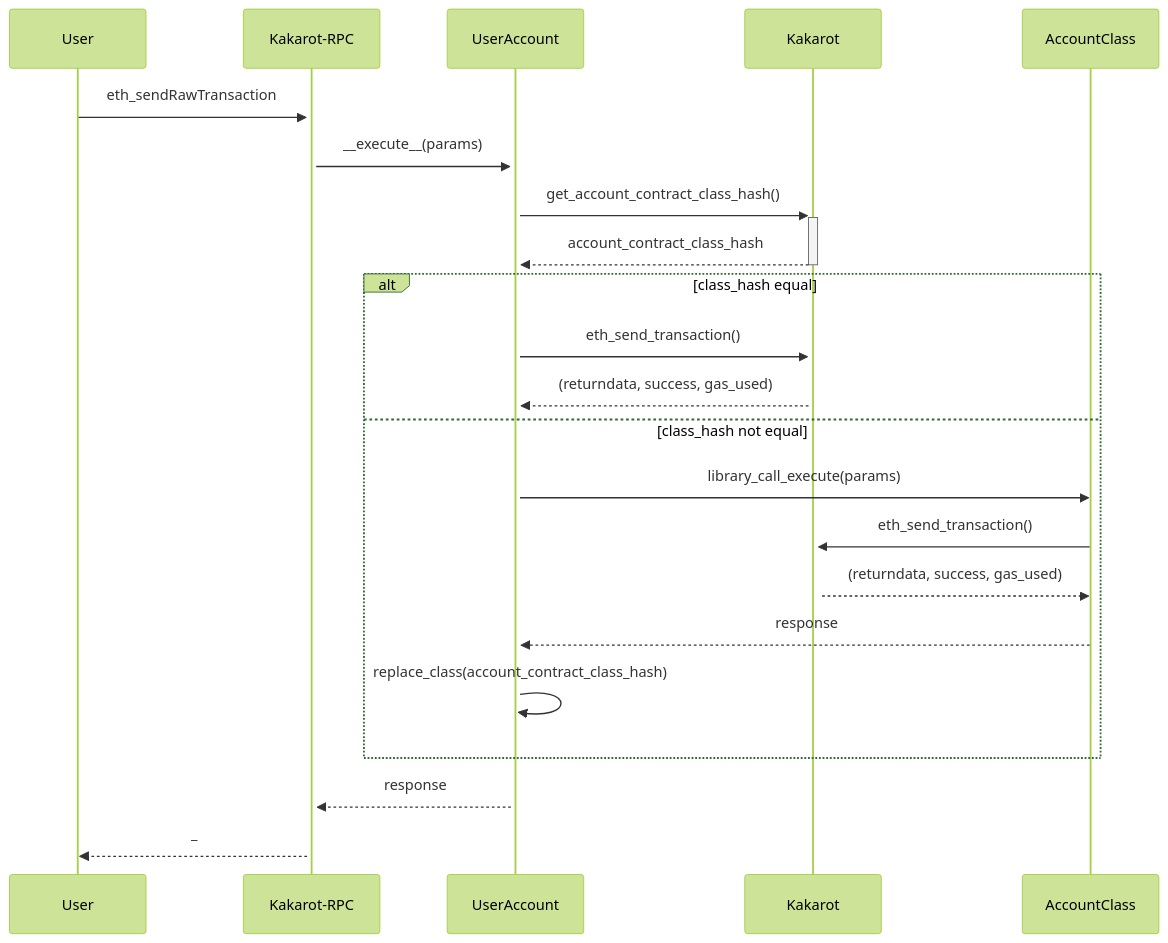
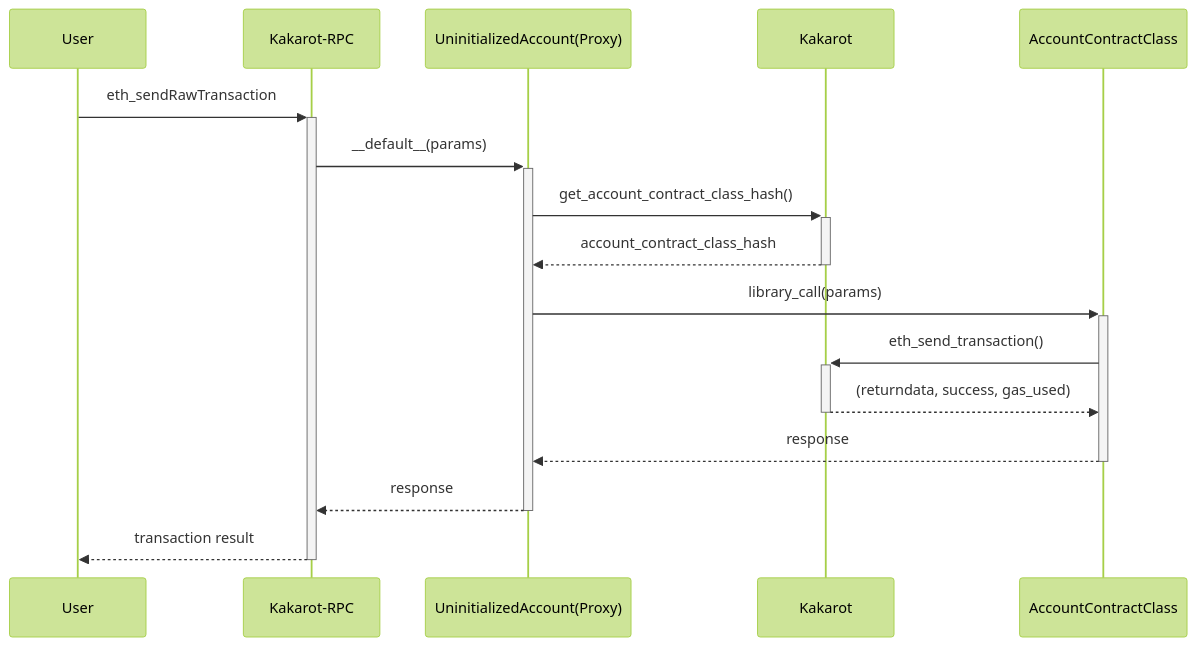
The second of 2 diagrams in docs/general/accounts.md (kkrt-labs/kakarot), drawn with Mermaid (forest theme) before and after one commit. The commit also changed other lines of this file and 1 other file, not shown here.

````diff
--- a/docs/general/accounts.md
+++ b/docs/general/accounts.md
@@ -152,19 +99,13 @@
 ```mermaid
 sequenceDiagram
     User ->>+ Kakarot-RPC: eth_sendRawTransaction
-    Kakarot-RPC ->>+ UserAccount: __execute__(params)
-    UserAccount ->>+ Kakarot: get_account_contract_class_hash()
-    Kakarot -->>- UserAccount: account_contract_class_hash
-    alt class_hash equal
-        UserAccount ->>+ Kakarot: eth_send_transaction()
-        Kakarot -->> UserAccount: (returndata, success, gas_used)
-    else class_hash not equal
-        UserAccount ->> AccountClass: library_call_execute(params)
-        AccountClass ->>+ Kakarot: eth_send_transaction()
-        Kakarot -->> AccountClass: (returndata, success, gas_used)
-        AccountClass -->> UserAccount: response
-        UserAccount ->> UserAccount: replace_class(account_contract_class_hash)
-    end
-    UserAccount -->> Kakarot-RPC: response
-    Kakarot-RPC -->> User: _
+    Kakarot-RPC ->>+ UninitializedAccount(Proxy): __default__(params)
+    UninitializedAccount(Proxy) ->>+ Kakarot: get_account_contract_class_hash()
+    Kakarot -->>- UninitializedAccount(Proxy): account_contract_class_hash
+    UninitializedAccount(Proxy) ->>+ AccountContractClass: library_call(params)
+    AccountContractClass ->>+ Kakarot: eth_send_transaction()
+    Kakarot -->>- AccountContractClass: (returndata, success, gas_used)
+    AccountContractClass -->>- UninitializedAccount(Proxy): response
+    UninitializedAccount(Proxy) -->>- Kakarot-RPC: response
+    Kakarot-RPC -->>- User: transaction result
 ```
````
